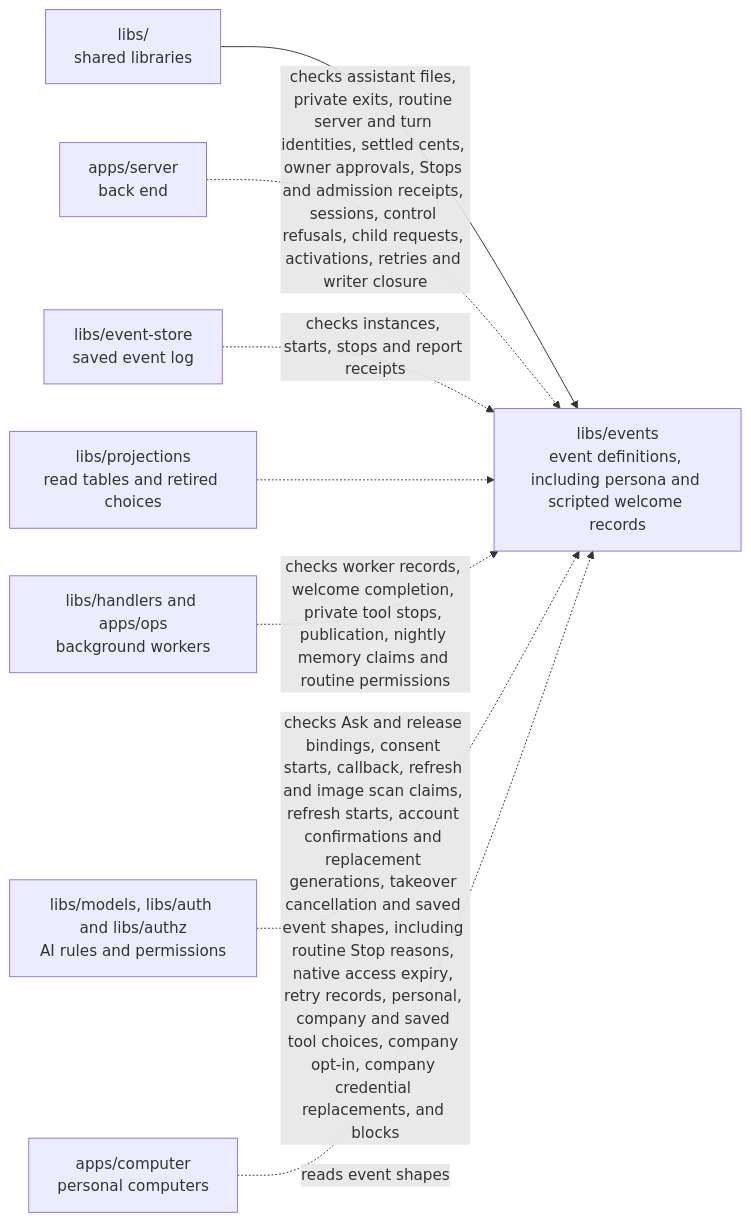
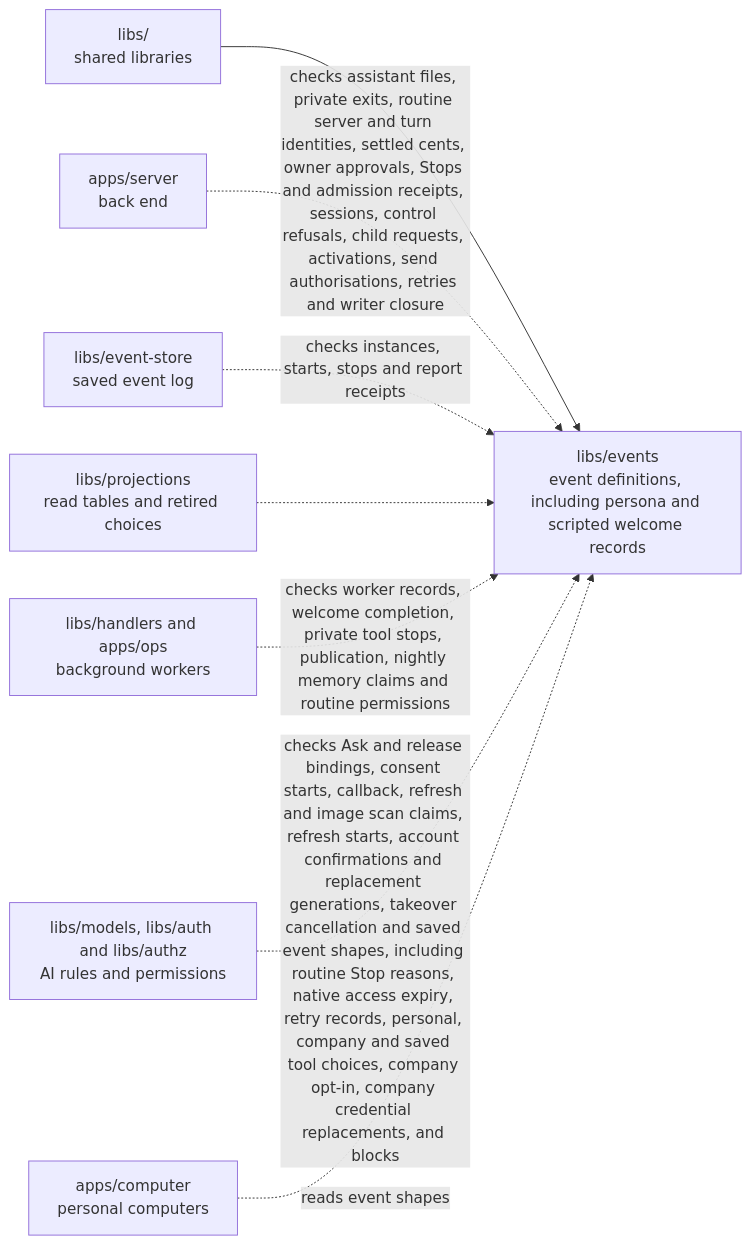
Before and after one commit to elewa-git/opencrane-new: the diagram in libs/events/README.md, drawn with Mermaid. The commit also changed other lines of this file and 13 other files, not shown here.

Commit message:
🔒 Authorise the routine send with a conditional event append

````diff
--- a/libs/events/README.md
+++ b/libs/events/README.md
@@ -61,10 +61,10 @@
 ```mermaid
 flowchart LR
   parent["libs/<br/>shared libraries"] --> events["libs/events<br/>event definitions, including persona and scripted welcome records"]
-  server["apps/server<br/>back end"] -.->|checks assistant files, private exits, routine server and turn identities, settled cents, owner approvals, Stops and admission receipts, sessions, control refusals, child requests, activations, retries and writer closure| events
+  server["apps/server<br/>back end"] -.->|checks assistant files, private exits, routine server and turn identities, settled cents, owner approvals, Stops and admission receipts, sessions, control refusals, child requests, activations, send authorisations, retries and writer closure| events
   store["libs/event-store<br/>saved event log"] -.->|checks instances, starts, stops and report receipts| events
   projections["libs/projections<br/>read tables and retired choices"] -.-> events
   workers["libs/handlers and apps/ops<br/>background workers"] -.->|checks worker records, welcome completion, private tool stops, publication, nightly memory claims and routine permissions| events
   models["libs/models, libs/auth and libs/authz<br/>AI rules and permissions"] -.->|checks Ask and release bindings, consent starts, callback, refresh and image scan claims, refresh starts, account confirmations and replacement generations, takeover cancellation and saved event shapes, including routine Stop reasons, native access expiry, retry records, personal, company and saved tool choices, company opt-in, company credential replacements, and blocks| events
   computer["apps/computer<br/>personal computers"] -.->|reads event shapes| events
 ```
````
